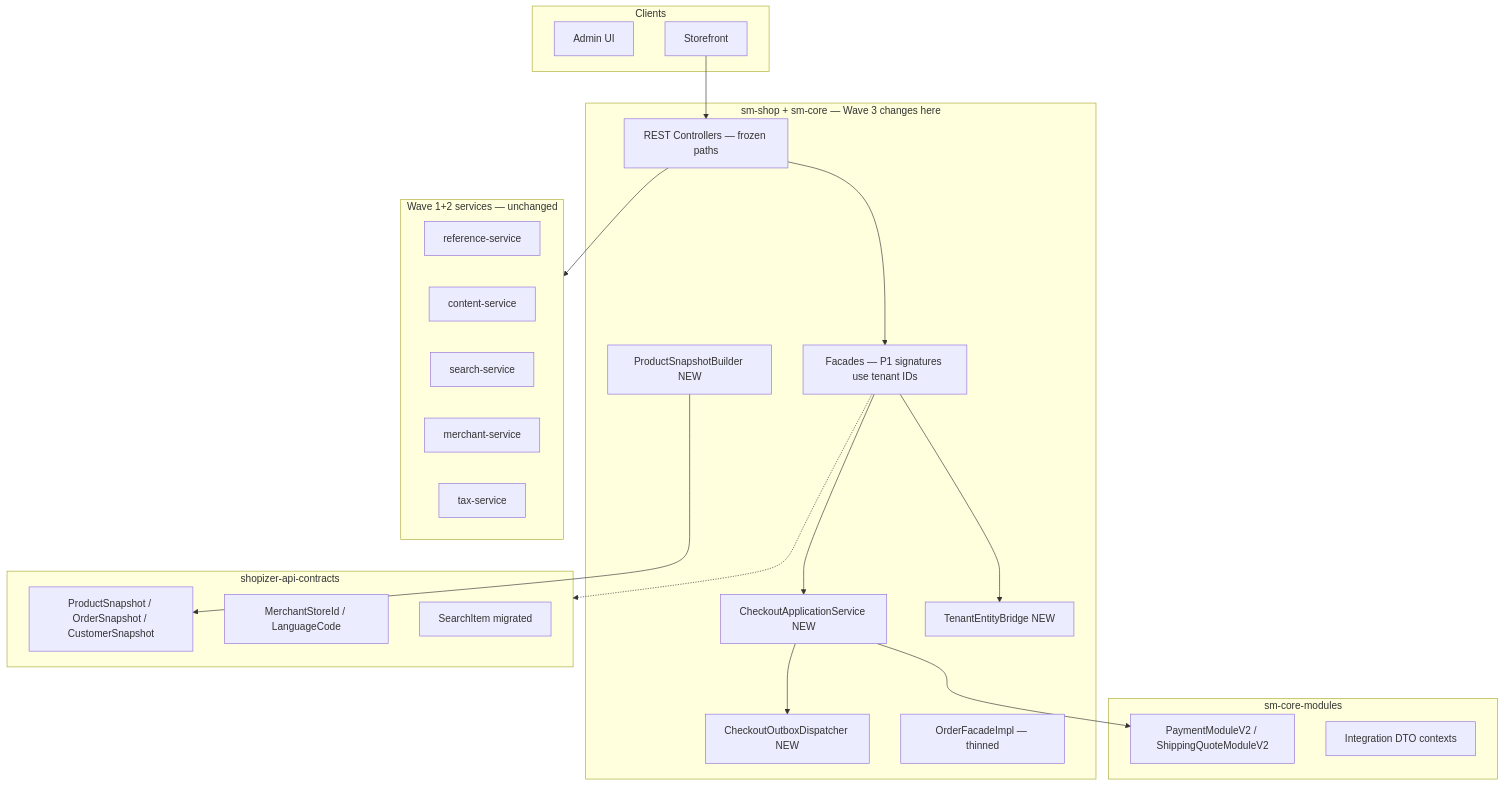
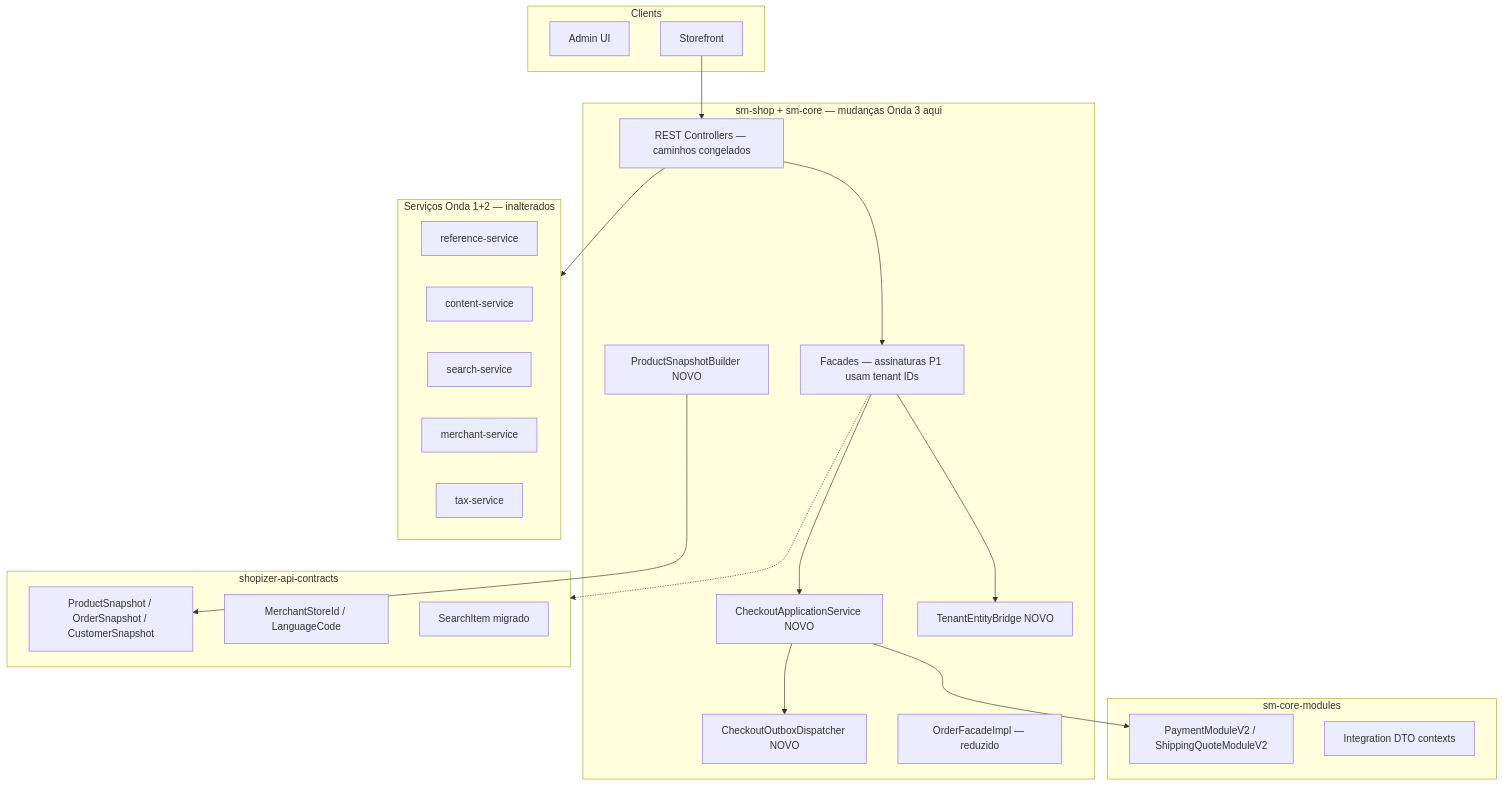
The diagram in .compozy/tasks/onda-3-contracts-dto/_techspec.md (vicentepf78/shopizer-refactoring), drawn with Mermaid before and after one commit. The commit also changed other lines of this file and 154 other files, not shown here.

````diff
--- a/.compozy/tasks/onda-3-contracts-dto/_techspec.md
+++ b/.compozy/tasks/onda-3-contracts-dto/_techspec.md
@@ -25,45 +25,45 @@
 ```mermaid
 flowchart TB
     subgraph clients [Clients]
         ADMIN[Admin UI]
         STOREFRONT[Storefront]
     end
 
-    subgraph monolith [sm-shop + sm-core — Wave 3 changes here]
-        API[REST Controllers — frozen paths]
-        FAC[Facades — P1 signatures use tenant IDs]
-        CAS[CheckoutApplicationService NEW]
-        OUT[CheckoutOutboxDispatcher NEW]
-        BRIDGE[TenantEntityBridge NEW]
-        BUILD[ProductSnapshotBuilder NEW]
-        OFI[OrderFacadeImpl — thinned]
+    subgraph monolith [sm-shop + sm-core — mudanças Onda 3 aqui]
+        API[REST Controllers — caminhos congelados]
+        FAC[Facades — assinaturas P1 usam tenant IDs]
+        CAS[CheckoutApplicationService NOVO]
+        OUT[CheckoutOutboxDispatcher NOVO]
+        BRIDGE[TenantEntityBridge NOVO]
+        BUILD[ProductSnapshotBuilder NOVO]
+        OFI[OrderFacadeImpl — reduzido]
     end
 
     subgraph contracts [shopizer-api-contracts]
         SNAP[ProductSnapshot / OrderSnapshot / CustomerSnapshot]
         TNT[MerchantStoreId / LanguageCode]
-        SRCH[SearchItem migrated]
+        SRCH[SearchItem migrado]
     end
 
     subgraph modules [sm-core-modules]
         PMV2[PaymentModuleV2 / ShippingQuoteModuleV2]
         DTO[Integration DTO contexts]
     end
 
-    subgraph wave12 [Wave 1+2 services — unchanged]
+    subgraph wave12 [Serviços Onda 1+2 — inalterados]
         REF[reference-service]
         CNT[content-service]
         SRCHSVC[search-service]
         MCH[merchant-service]
         TAX[tax-service]
     end
 
     STOREFRONT --> API --> FAC
     FAC --> CAS
     CAS --> OUT
     FAC --> BRIDGE
     BUILD --> SNAP
     FAC -.-> contracts
     CAS --> PMV2
     API --> wave12
 ```
````
